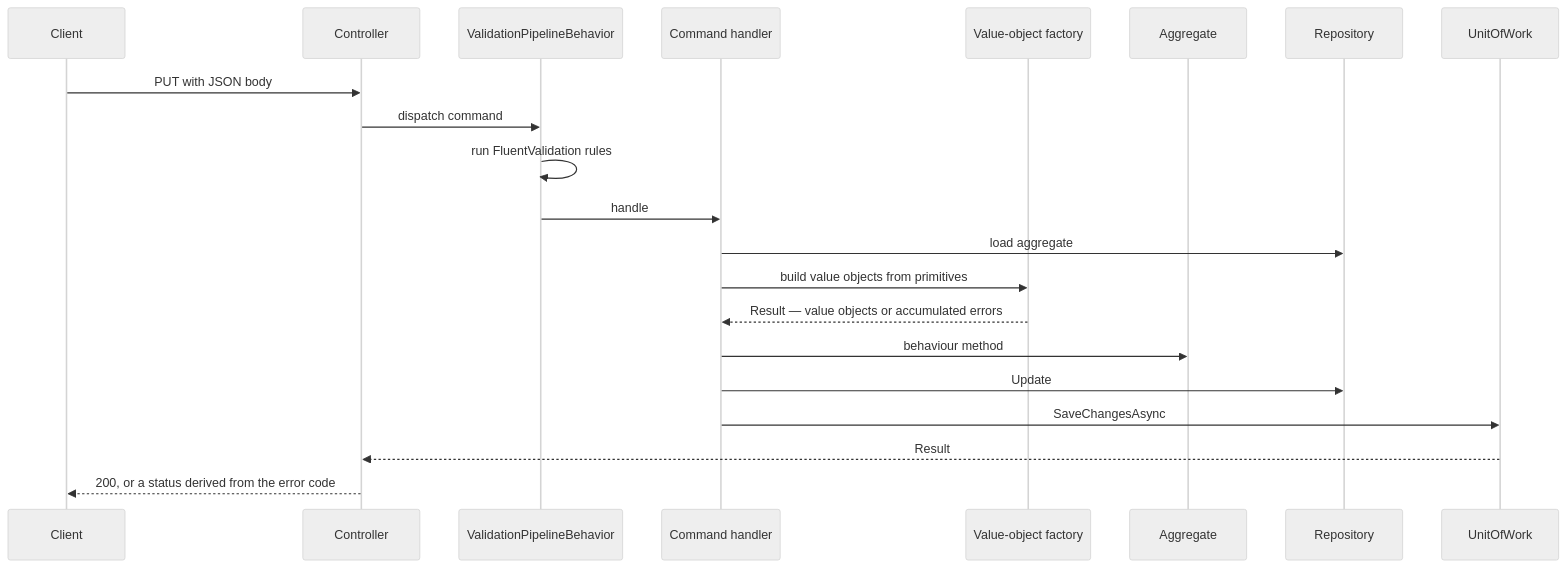
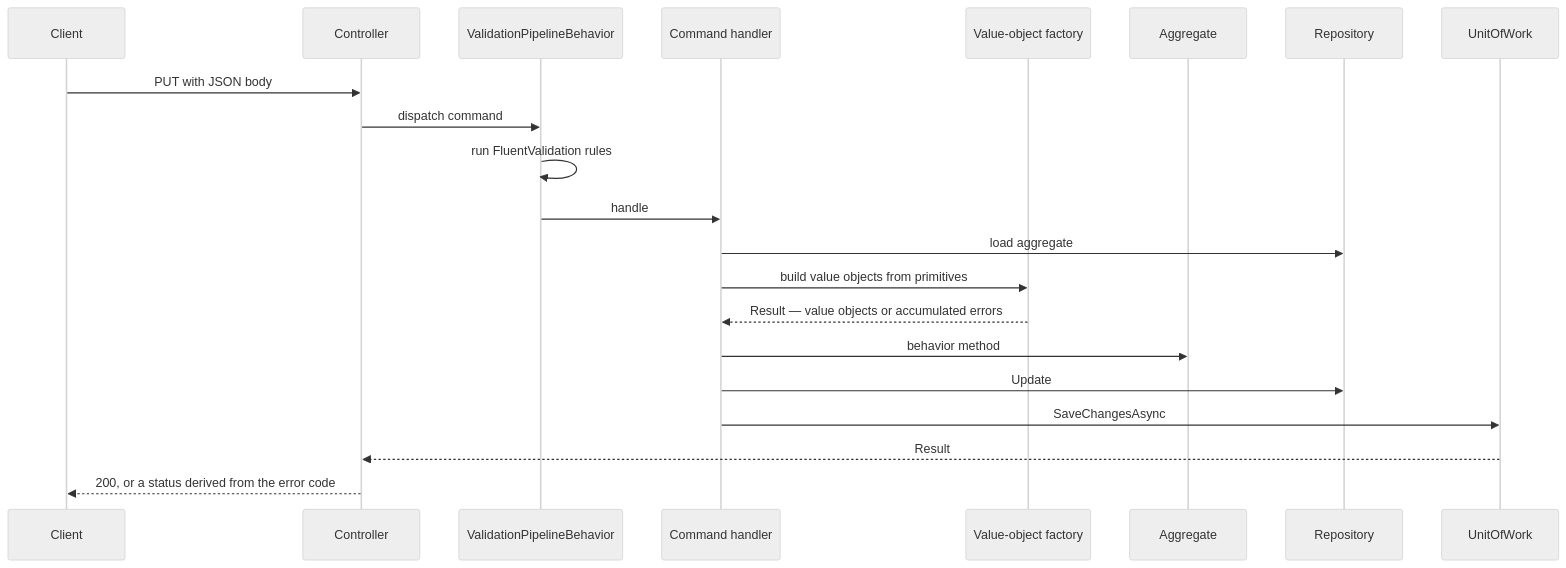
One commit to maxime-poulain/BLRefactoring changed the fourth of 5 diagrams in README.md. Above: the diagram before and after it, drawn with Mermaid (neutral theme). The commit also changed other lines of this file and 366 other files, not shown here.

````diff
--- a/README.md
+++ b/README.md
@@ -582,24 +582,24 @@
 ```mermaid
 sequenceDiagram
     participant C as Client
     participant Ctrl as Controller
     participant V as ValidationPipelineBehavior
     participant Hdl as Command handler
     participant F as Value-object factory
     participant Agg as Aggregate
     participant Repo as Repository
     participant UoW as UnitOfWork
 
     C->>Ctrl: PUT with JSON body
     Ctrl->>V: dispatch command
     V->>V: run FluentValidation rules
     V->>Hdl: handle
     Hdl->>Repo: load aggregate
     Hdl->>F: build value objects from primitives
     F-->>Hdl: Result — value objects or accumulated errors
-    Hdl->>Agg: behaviour method
+    Hdl->>Agg: behavior method
     Hdl->>Repo: Update
     Hdl->>UoW: SaveChangesAsync
     UoW-->>Ctrl: Result
     Ctrl-->>C: 200, or a status derived from the error code
 ```
````
